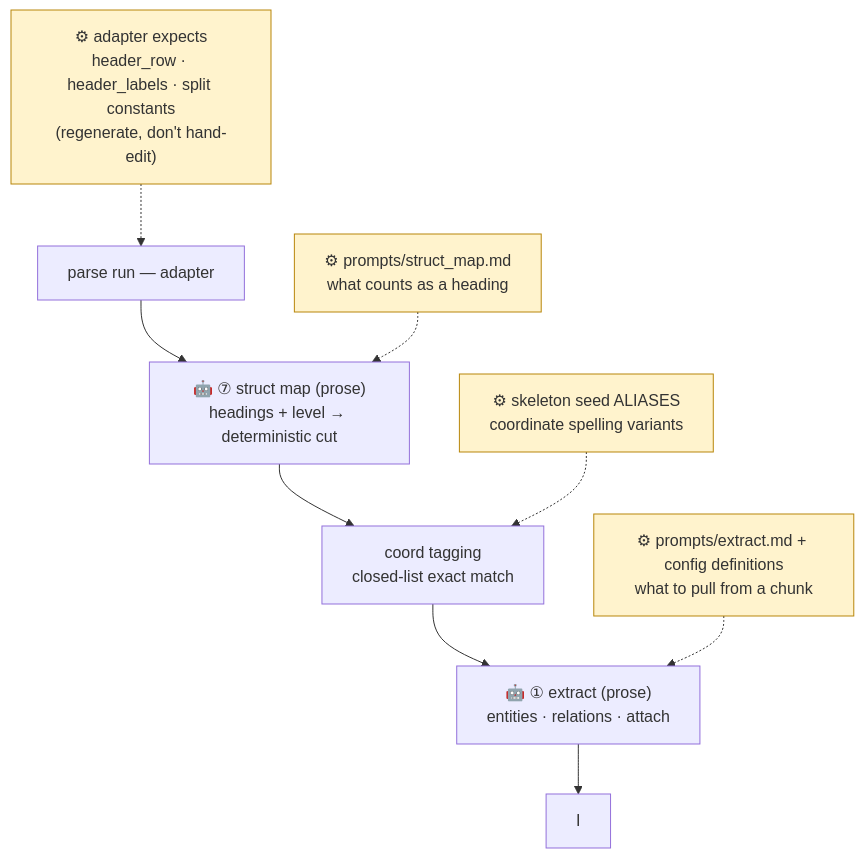
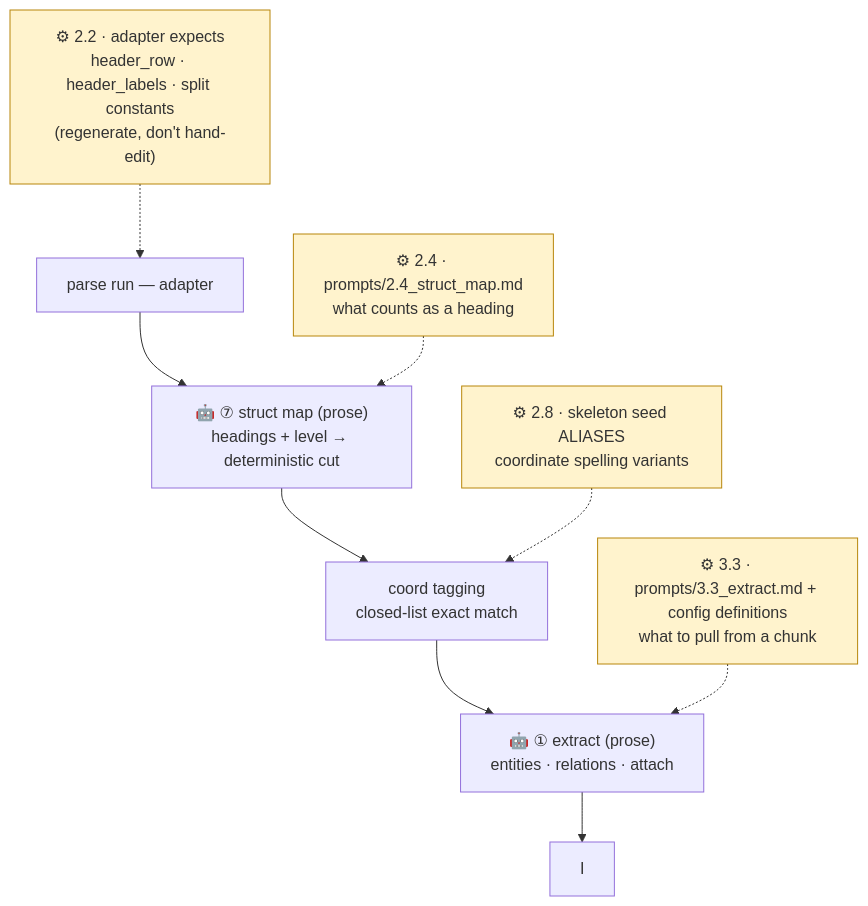
The second of 4 diagrams in docs/구조도/05_조절_지도.md (playjae0/ontology_system), drawn with Mermaid before and after one commit. The commit also changed other lines of this file and 12 other files, not shown here.

````diff
--- a/docs/구조도/05_조절_지도.md
+++ b/docs/구조도/05_조절_지도.md
@@ -39,13 +39,13 @@
 ```mermaid
 flowchart TD
   G["parse run — adapter"] --> G2["🤖 ⑦ struct map (prose)<br/>headings + level → deterministic cut"]
   G2 --> H["coord tagging<br/>closed-list exact match"]
   H --> X["🤖 ① extract (prose)<br/>entities · relations · attach"]
   X --> I
 
-  Q0["⚙ adapter expects<br/>header_row · header_labels · split constants<br/>(regenerate, don't hand-edit)"]:::knob -.-> G
-  Q7["⚙ prompts/struct_map.md<br/>what counts as a heading"]:::knob -.-> G2
-  Q1["⚙ skeleton seed ALIASES<br/>coordinate spelling variants"]:::knob -.-> H
-  Q8["⚙ prompts/extract.md + config definitions<br/>what to pull from a chunk"]:::knob -.-> X
+  Q0["⚙ 2.2 · adapter expects<br/>header_row · header_labels · split constants<br/>(regenerate, don't hand-edit)"]:::knob -.-> G
+  Q7["⚙ 2.4 · prompts/2.4_struct_map.md<br/>what counts as a heading"]:::knob -.-> G2
+  Q1["⚙ 2.8 · skeleton seed ALIASES<br/>coordinate spelling variants"]:::knob -.-> H
+  Q8["⚙ 3.3 · prompts/3.3_extract.md + config definitions<br/>what to pull from a chunk"]:::knob -.-> X
   classDef knob fill:#fff3cd,stroke:#b8860b
 ```
````
